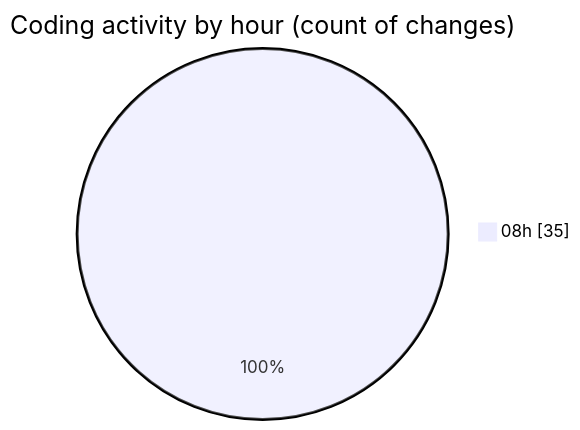
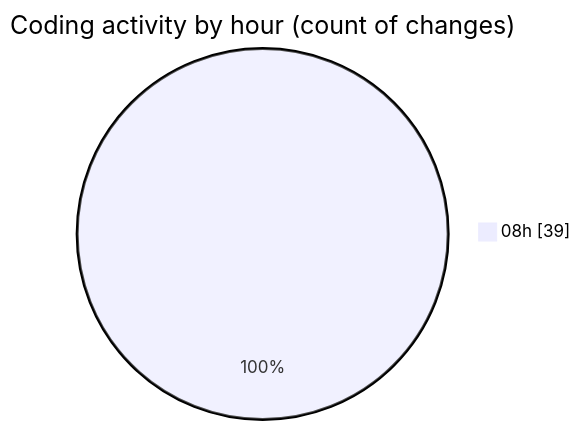
The second of 2 diagrams in 2025-04-29/c-masm/README.md (charlie-sans/code-tracking), drawn with Mermaid before and after one commit. The commit also changed other lines of this file and 1 other file, not shown here.

````diff
--- a/2025-04-29/c-masm/README.md
+++ b/2025-04-29/c-masm/README.md
@@ -38,5 +41,5 @@
 ```mermaid
 pie showData
 title Coding activity by hour (count of changes)
-"08h" : 35
+"08h" : 39
 ```
````
